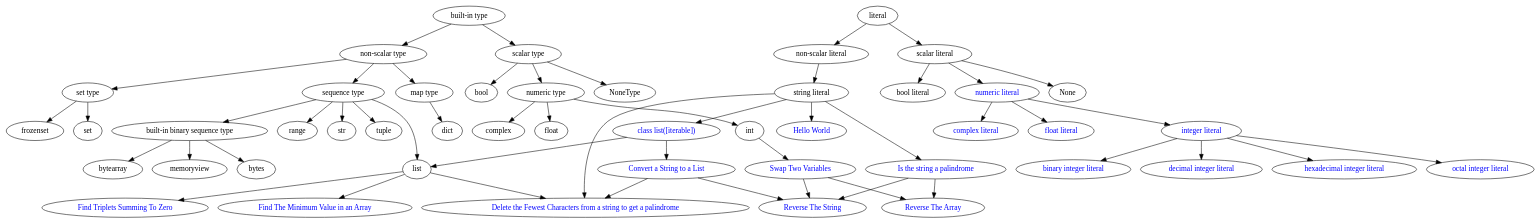
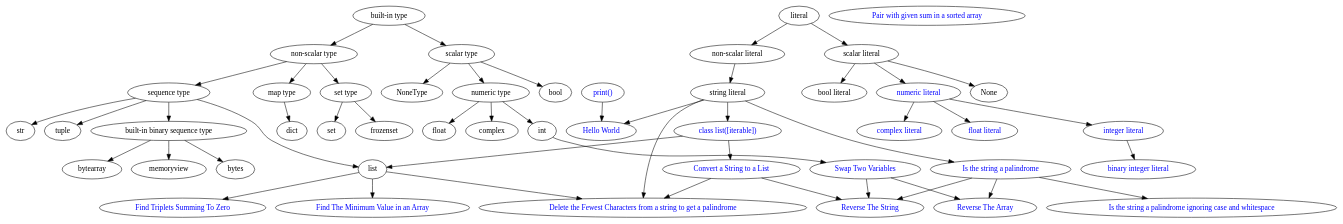
One commit to pflagerd/python-language-feature-family-tree changed the diagram in .dsa-dependency-graph/dsa-dependency-graph.dot. Above: the diagram before and after it, drawn with Graphviz. The commit also changed 1 other file, not shown here.

```diff
--- a/.dsa-dependency-graph/dsa-dependency-graph.dot
+++ b/.dsa-dependency-graph/dsa-dependency-graph.dot
@@ -1,92 +1,97 @@
 strict digraph {
     bool [label="bool"]
     binary_integer_literal [label="binary integer literal" href="https://docs.python.org/3/reference/lexical_analysis.html#:~:text=bininteger%20%20%20%3A%3A%3D%20%220%22%20(%22b%22%20%7C%20%22B%22)%20(%5B%22_%22%5D%20bindigit)%2B" target="_blank" fontcolor="blue"]
     builtin_binary_sequence_type [label="built-in binary sequence type"]
     builtin_class_list_constructor [label="class list([iterable])" href="https://docs.python.org/3/library/stdtypes.html#list" target="_blank" fontcolor="blue"]
+    builtin_function_print [label="print()" href="https://docs.python.org/3/library/stdtypes.html#list" target="_blank" fontcolor="blue"]
+    builtin_literal [label="literal"]
     builtin_map_type [label="map type"]
-    builtin_literal [label="literal"]
     builtin_nonscalar_literal [label="non-scalar literal"]
     builtin_nonscalar_literal_string [label="string literal"]
     builtin_nonscalar_type [label="non-scalar type"]
     builtin_scalar_literal [label="scalar literal"]
     builtin_scalar_literal_bool [label="bool literal"]
     builtin_scalar_literal_numeric [label="numeric literal" href="https://docs.python.org/3/reference/lexical_analysis.html#numeric-literals" target="_blank" fontcolor="blue"]
     builtin_scalar_literal_numeric_complex [label="complex literal" href="https://docs.python.org/3/reference/lexical_analysis.html#imaginary-literals" target="_blank" fontcolor="blue"]
     builtin_scalar_literal_numeric_float [label="float literal" href="https://docs.python.org/3/reference/lexical_analysis.html#floating-point-literals" target="_blank" fontcolor="blue"]
     builtin_scalar_literal_numeric_int [label="integer literal" href="https://docs.python.org/3/reference/lexical_analysis.html#integer-literals" target="_blank" fontcolor="blue"]
     builtin_scalar_literal_None [label="None"]
     builtin_scalar_type [label="scalar type"]
     builtin_scalar_numeric_type [label="numeric type"]
     builtin_sequence_type [label="sequence type"]
     builtin_set_type [label="set type"]
     builtin_type [label="built-in type"]
     ConvertStringToList [label="Convert a String to a List" href="https://docs.python.org/3/reference/lexical_analysis.html#numeric-literals" target="_blank" fontcolor="blue"]
     complex [label="complex"]
-    decimal_integer_literal [label="decimal integer literal" href="https://docs.python.org/3/reference/lexical_analysis.html#:~:text=decinteger%20%20%20%3A%3A%3D%20nonzerodigit%20(%5B%22_%22%5D%20digit)*%20%7C%20%220%22%2B%20(%5B%22_%22%5D%20%220%22)*" target="_blank" fontcolor="blue"]
+#    decimal_integer_literal [label="decimal integer literal" href="https://docs.python.org/3/reference/lexical_analysis.html#:~:text=decinteger%20%20%20%3A%3A%3D%20nonzerodigit%20(%5B%22_%22%5D%20digit)*%20%7C%20%220%22%2B%20(%5B%22_%22%5D%20%220%22)*" target="_blank" fontcolor="blue"]
     DeleteFewestCharactersFromStringToGetPalindrome [label="Delete the Fewest Characters from a string to get a palindrome" href="./dsa/DeleteFewestCharactersFromStringToGetPalindrome" target="_blank" fontcolor="blue"]
     float [label="float"]
     FindTheMinimum [label="Find The Minimum Value in an Array" href="./dsa/FindTheMinimum/problem.html" target="_blank" fontcolor="blue"]
     FindTripletsSummingToZero [label="Find Triplets Summing To Zero" href="./dsa/FindTripletsSummingToZero/problem.html" target="_blank" fontcolor="blue"]
     hello_world [label="Hello World" href="HelloWorld/problem.html" target="_blank" fontcolor="blue"]
-    hexadecimal_integer_literal [label="hexadecimal integer literal" href="https://docs.python.org/3/reference/lexical_analysis.html#:~:text=hexinteger%20%20%20%3A%3A%3D%20%220%22%20(%22x%22%20%7C%20%22X%22)%20(%5B%22_%22%5D%20hexdigit)%2B" target="_blank" fontcolor="blue"]
+#    hexadecimal_integer_literal [label="hexadecimal integer literal" href="https://docs.python.org/3/reference/lexical_analysis.html#:~:text=hexinteger%20%20%20%3A%3A%3D%20%220%22%20(%22x%22%20%7C%20%22X%22)%20(%5B%22_%22%5D%20hexdigit)%2B" target="_blank" fontcolor="blue"]
     int [label="int"]
     IsTheStringAPalindrome [label="Is the string a palindrome" href="./dsa/IsTheStringAPalindrome/problem.html" target="_blank" fontcolor="blue"]
+    IsTheStringAPalindromeIgnoringCaseAndWhiteSpace [label="Is the string a palindrome ignoring case and whitespace" href="./dsa/IsTheStringAPalindromeIgnoringCaseAndWhiteSpace/problem.html" target="_blank" fontcolor="blue"]
     NoneType [label="NoneType"]
-    octal_integer_literal [label="octal integer literal" href="https://docs.python.org/3/reference/lexical_analysis.html#:~:text=octinteger%20%20%20%3A%3A%3D%20%220%22%20(%22o%22%20%7C%20%22O%22)%20(%5B%22_%22%5D%20octdigit)%2B" target="_blank" fontcolor="blue"]
+#    octal_integer_literal [label="octal integer literal" href="https://docs.python.org/3/reference/lexical_analysis.html#:~:text=octinteger%20%20%20%3A%3A%3D%20%220%22%20(%22o%22%20%7C%20%22O%22)%20(%5B%22_%22%5D%20octdigit)%2B" target="_blank" fontcolor="blue"]
+    PairWithGivenSumInASortedArray [label="Pair with given sum in a sorted array" href="./dsa/PairWithGivenSumInASortedArray/problem.html" target="_blank" fontcolor="blue"]
     ReverseTheArray [label="Reverse The Array" href="./dsa/ReverseTheArray/problem.html" target="_blank" fontcolor="blue"]
     ReverseTheString [label="Reverse The String" href="./dsa/ReverseTheString/problem.html" target="_blank" fontcolor="blue"]
     SwapTwoVariables [label="Swap Two Variables" href="./dsa/SwapTwoVariables/problem.html" target="_blank" fontcolor="blue"]
 
     builtin_binary_sequence_type -> bytes
     builtin_binary_sequence_type -> bytearray
     builtin_binary_sequence_type -> memoryview
     builtin_class_list_constructor -> list
     builtin_class_list_constructor -> ConvertStringToList
+    builtin_function_print -> hello_world
     builtin_literal -> builtin_nonscalar_literal
     builtin_literal -> builtin_scalar_literal
     builtin_map_type -> dict
     builtin_nonscalar_type -> builtin_sequence_type
     builtin_nonscalar_type -> builtin_sequence_type
     builtin_nonscalar_type -> builtin_set_type
     builtin_nonscalar_type -> builtin_map_type
     builtin_nonscalar_literal -> builtin_nonscalar_literal_string
     builtin_nonscalar_literal_string -> builtin_class_list_constructor
     builtin_nonscalar_literal_string -> DeleteFewestCharactersFromStringToGetPalindrome
     builtin_nonscalar_literal_string -> hello_world
     builtin_nonscalar_literal_string -> IsTheStringAPalindrome
     builtin_scalar_literal -> builtin_scalar_literal_bool
     builtin_scalar_literal -> builtin_scalar_literal_numeric
     builtin_scalar_literal -> builtin_scalar_literal_None
     builtin_scalar_literal_numeric -> builtin_scalar_literal_numeric_complex
     builtin_scalar_literal_numeric -> builtin_scalar_literal_numeric_float
     builtin_scalar_literal_numeric -> builtin_scalar_literal_numeric_int
     builtin_scalar_literal_numeric_int -> binary_integer_literal
-    builtin_scalar_literal_numeric_int -> decimal_integer_literal
-    builtin_scalar_literal_numeric_int -> hexadecimal_integer_literal
-    builtin_scalar_literal_numeric_int -> octal_integer_literal
+#    builtin_scalar_literal_numeric_int -> decimal_integer_literal
+#    builtin_scalar_literal_numeric_int -> hexadecimal_integer_literal
+#    builtin_scalar_literal_numeric_int -> octal_integer_literal
     builtin_scalar_numeric_type -> complex
     builtin_scalar_numeric_type -> float
     builtin_scalar_numeric_type -> int
     builtin_scalar_type -> bool
     builtin_scalar_type -> builtin_scalar_numeric_type
     builtin_scalar_type -> NoneType
     builtin_sequence_type -> list
-    builtin_sequence_type -> range
+#    builtin_sequence_type -> range
     builtin_sequence_type -> str
     builtin_sequence_type -> tuple
     builtin_sequence_type -> builtin_binary_sequence_type
     builtin_set_type -> set
     builtin_set_type -> frozenset
     builtin_type -> builtin_scalar_type
     builtin_type -> builtin_nonscalar_type
     ConvertStringToList -> DeleteFewestCharactersFromStringToGetPalindrome
     ConvertStringToList -> ReverseTheString
     int -> SwapTwoVariables
     IsTheStringAPalindrome -> ReverseTheArray
     IsTheStringAPalindrome -> ReverseTheString
+    IsTheStringAPalindrome -> IsTheStringAPalindromeIgnoringCaseAndWhiteSpace
     list -> DeleteFewestCharactersFromStringToGetPalindrome
     list -> FindTheMinimum
     list -> FindTripletsSummingToZero
     SwapTwoVariables -> ReverseTheArray
     SwapTwoVariables -> ReverseTheString
 }
```
